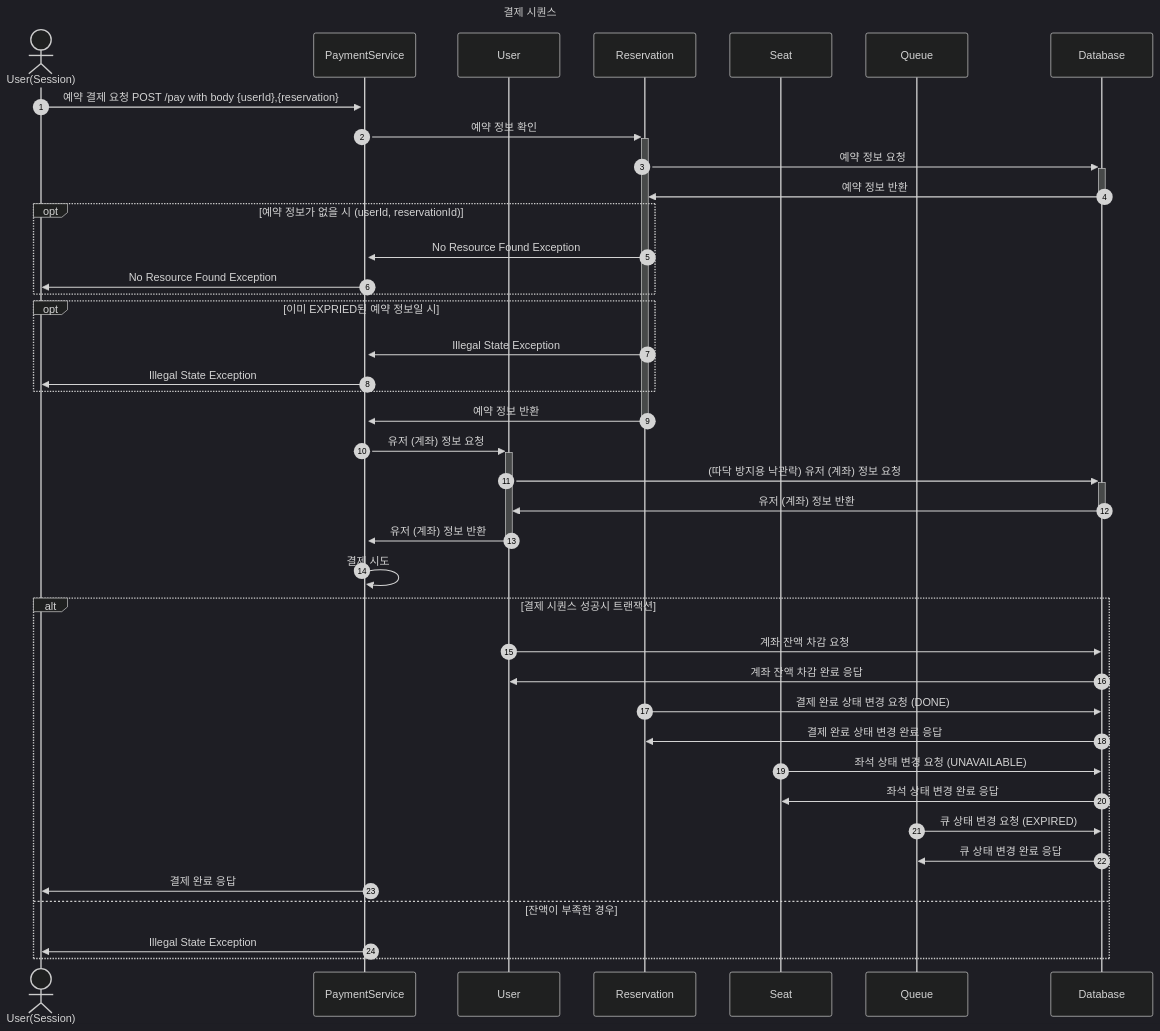
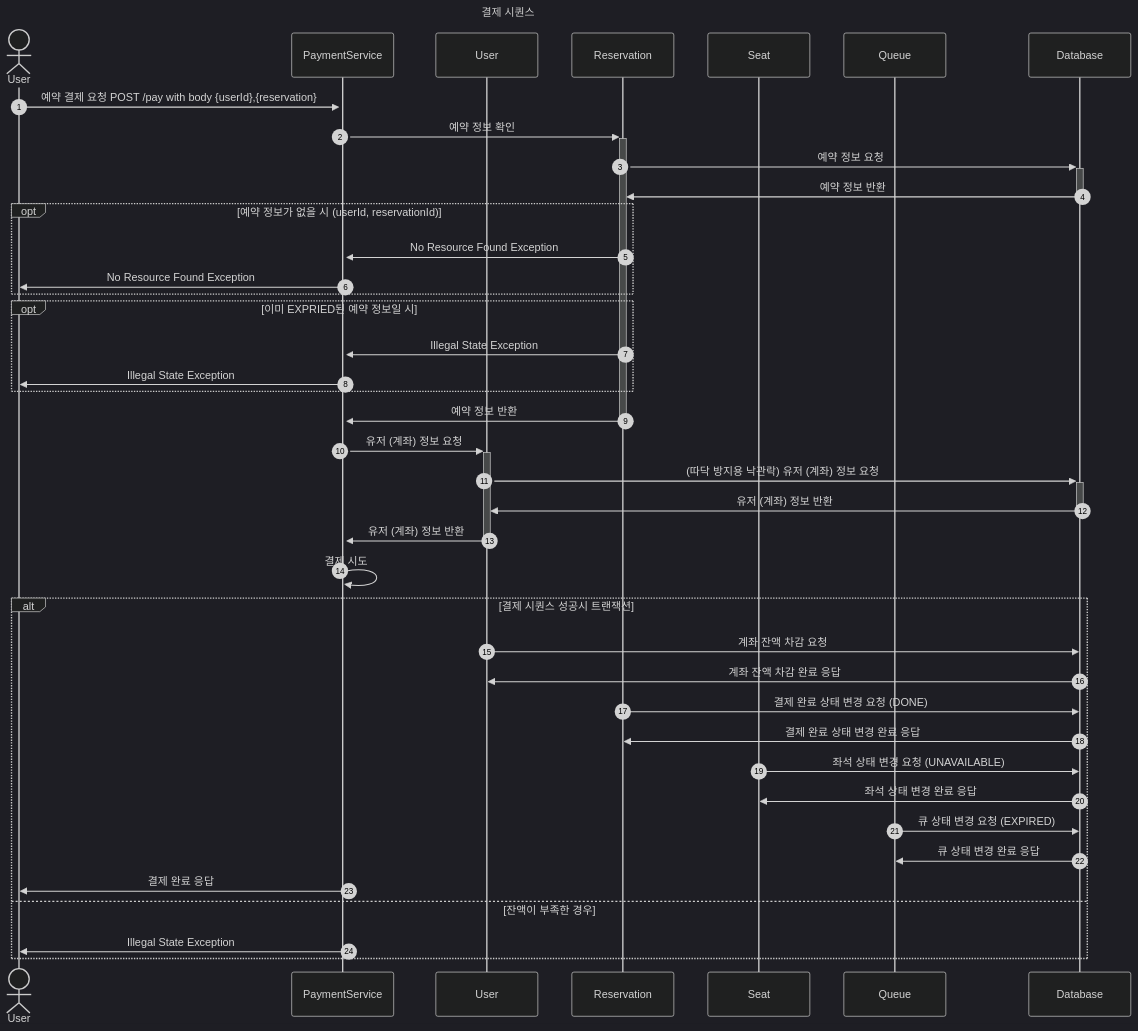
Before and after one commit to hpp-backend-15/java-concert-joonhyeokyang: the diagram in docs/sequence/5.결제.md, drawn with Mermaid (dark theme). The commit also changed 21 other files, not shown here.

````diff
--- a/docs/sequence/5.결제.md
+++ b/docs/sequence/5.결제.md
@@ -5,43 +5,43 @@
 ```mermaid
 sequenceDiagram
     title 결제 시퀀스
     autonumber
-    actor u as User(Session)
+    actor u as User
     participant ps as PaymentService
     participant um as User
     participant rm as Reservation
     participant sm as Seat
     participant qm as Queue
     participant db as Database
     u ->>+ ps: 예약 결제 요청 POST /pay with body {userId},{reservation}
     ps ->>+ rm: 예약 정보 확인
     rm ->>+ db: 예약 정보 요청
     db ->>- rm: 예약 정보 반환
     opt 예약 정보가 없을 시 (userId, reservationId)
         rm ->> ps: No Resource Found Exception
         ps ->> u: No Resource Found Exception
     end
     opt 이미 EXPRIED된 예약 정보일 시
         rm ->> ps: Illegal State Exception
         ps ->> u: Illegal State Exception
     end
     rm ->>- ps: 예약 정보 반환
     ps ->>+ um: 유저 (계좌) 정보 요청
     um ->>+ db: (따닥 방지용 낙관락) 유저 (계좌) 정보 요청
     db ->>- um: 유저 (계좌) 정보 반환
     um ->>- ps: 유저 (계좌) 정보 반환
     ps ->>+ ps: 결제 시도
     alt 결제 시퀀스 성공시 트랜잭션
         um ->> db: 계좌 잔액 차감 요청
         db ->> um: 계좌 잔액 차감 완료 응답
         rm ->> db: 결제 완료 상태 변경 요청 (DONE)
         db ->> rm: 결제 완료 상태 변경 완료 응답
         sm ->> db: 좌석 상태 변경 요청 (UNAVAILABLE)
         db ->> sm: 좌석 상태 변경 완료 응답
         qm ->> db: 큐 상태 변경 요청 (EXPIRED)
         db ->> qm: 큐 상태 변경 완료 응답
         ps ->> u: 결제 완료 응답
     else 잔액이 부족한 경우
         ps ->> u: Illegal State Exception
     end
 ```
````
